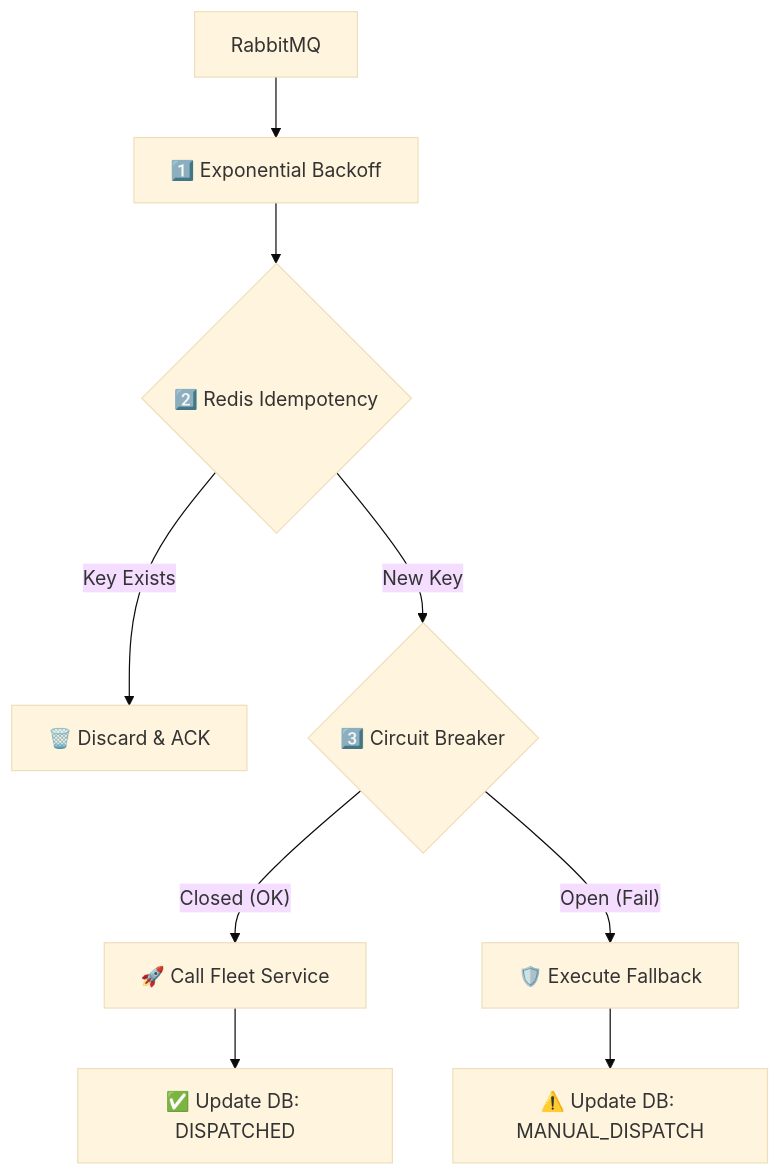
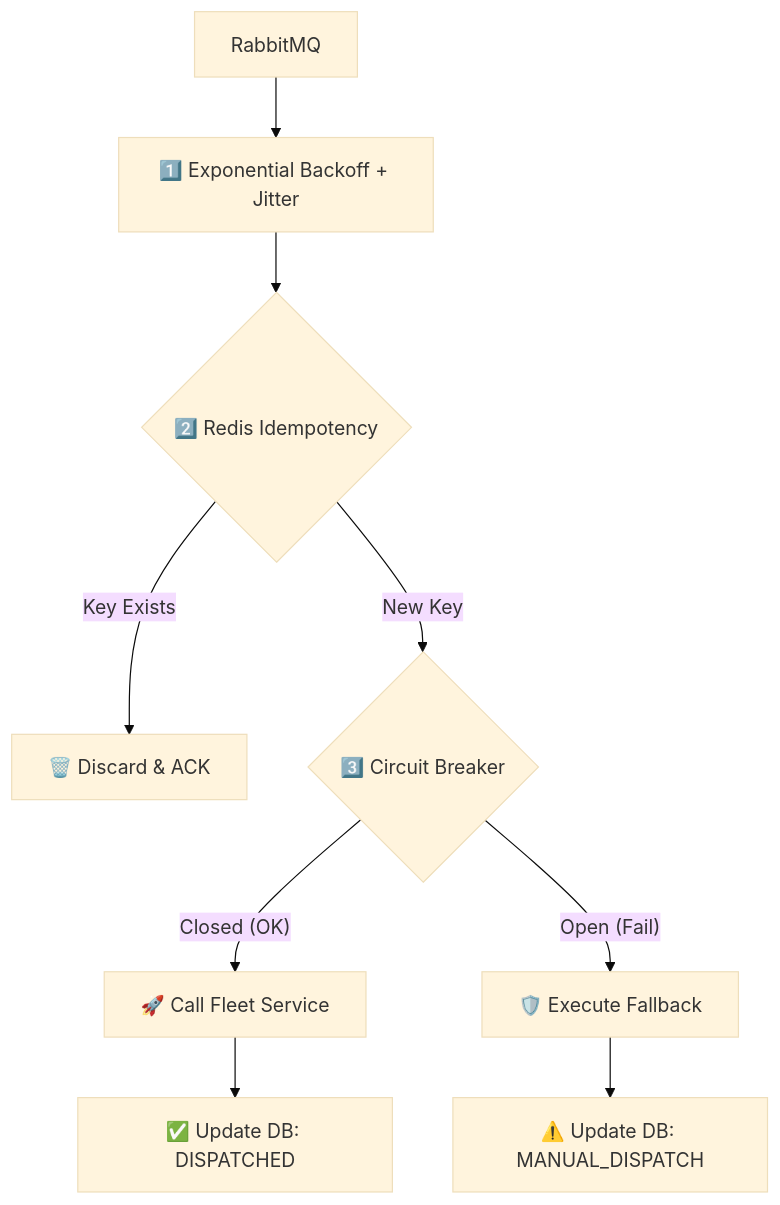
One commit to DioGolang/GoFleet changed the fifth of 5 diagrams in README.md. Above: the diagram before and after it, drawn with Mermaid (base theme). The commit also changed other lines of this file, not shown here.

````diff
--- a/README.md
+++ b/README.md
@@ -195,16 +195,16 @@
 ```mermaid
 flowchart TD
-   Queue[RabbitMQ] --> Backoff[1️⃣ Exponential Backoff]
+   Queue[RabbitMQ] --> Backoff[1️⃣ Exponential Backoff + Jitter]
    Backoff --> Idemp{2️⃣ Redis Idempotency}
 
    Idemp -- Key Exists --> AckDiscard[🗑️ Discard & ACK]
 Idemp -- New Key --> CB{3️⃣ Circuit Breaker}
 
 CB -- Closed (OK) --> Grpc[🚀 Call Fleet Service]
 CB -- Open (Fail) --> Fallback[🛡️ Execute Fallback]
 
 Grpc --> Success[✅ Update DB: DISPATCHED]
 Fallback --> Manual[⚠️ Update DB: MANUAL_DISPATCH]
 
 
 ```
````
